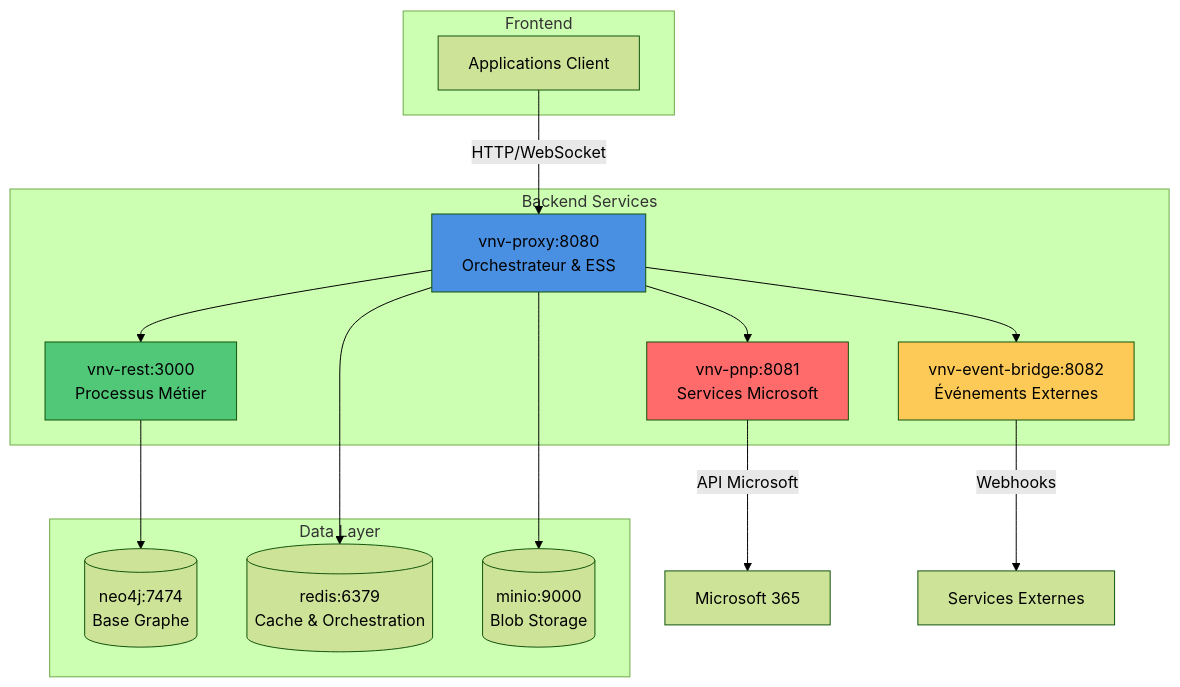
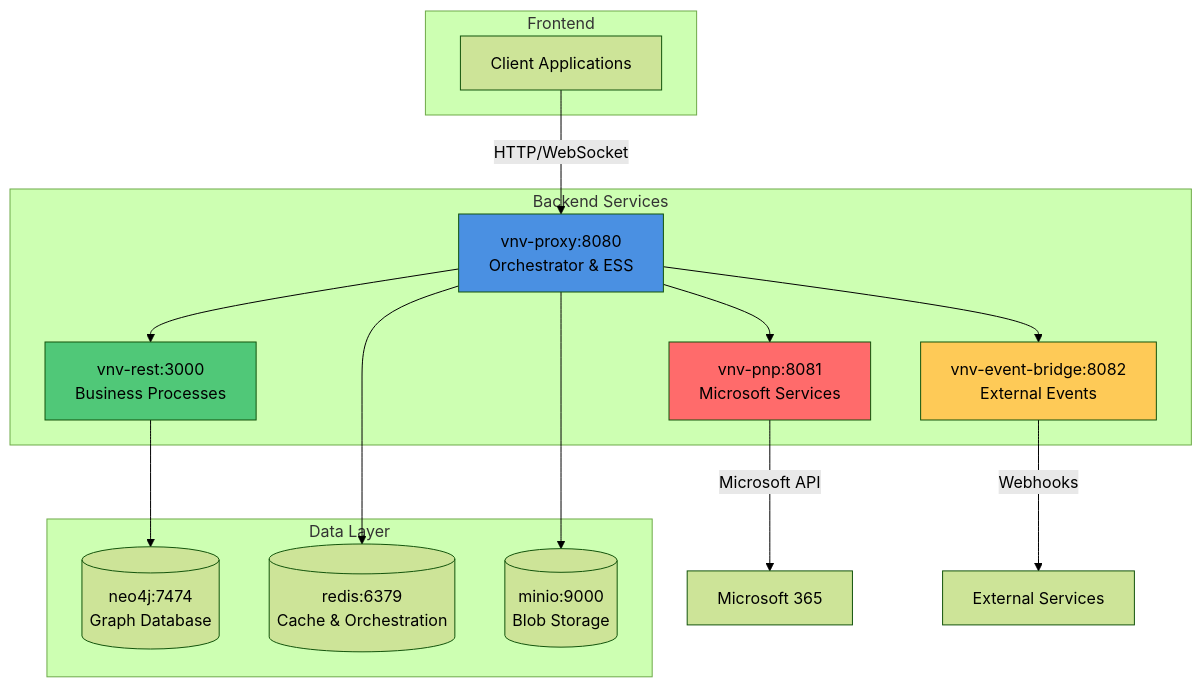
The first of 4 diagrams in vnv-doc-content/docs/Infrastructure.md (infrasoftbe/vnv-doc), drawn with Mermaid (forest theme) before and after one commit. The commit also changed other lines of this file and 9 other files, not shown here.

````diff
--- a/vnv-doc-content/docs/Infrastructure.md
+++ b/vnv-doc-content/docs/Infrastructure.md
@@ -21,34 +25,34 @@
 ```mermaid
 graph TB
     subgraph "Frontend"
-        APP[Applications Client]
+        APP[Client Applications]
     end
     
     subgraph "Backend Services"
-        PROXY[vnv-proxy:8080<br/>Orchestrateur & ESS]
-        REST[vnv-rest:3000<br/>Processus Métier]
-        PNP[vnv-pnp:8081<br/>Services Microsoft]
-        BRIDGE[vnv-event-bridge:8082<br/>Événements Externes]
+        PROXY[vnv-proxy:8080<br/>Orchestrator & ESS]
+        REST[vnv-rest:3000<br/>Business Processes]
+        PNP[vnv-pnp:8081<br/>Microsoft Services]
+        BRIDGE[vnv-event-bridge:8082<br/>External Events]
     end
     
     subgraph "Data Layer"
-        NEO4J[(neo4j:7474<br/>Base Graphe)]
+        NEO4J[(neo4j:7474<br/>Graph Database)]
         REDIS[(redis:6379<br/>Cache & Orchestration)]
         MINIO[(minio:9000<br/>Blob Storage)]
     end
     
     APP -->|HTTP/WebSocket| PROXY
     PROXY --> REST
     PROXY --> PNP
     PROXY --> BRIDGE
     PROXY --> REDIS
     PROXY --> MINIO
     REST --> NEO4J
-    PNP -->|API Microsoft| MS[Microsoft 365]
-    BRIDGE -->|Webhooks| EXT[Services Externes]
+    PNP -->|Microsoft API| MS[Microsoft 365]
+    BRIDGE -->|Webhooks| EXT[External Services]
     
     style PROXY fill:#4a90e2
     style REST fill:#50c878
     style PNP fill:#ff6b6b
     style BRIDGE fill:#feca57
 ```
````
